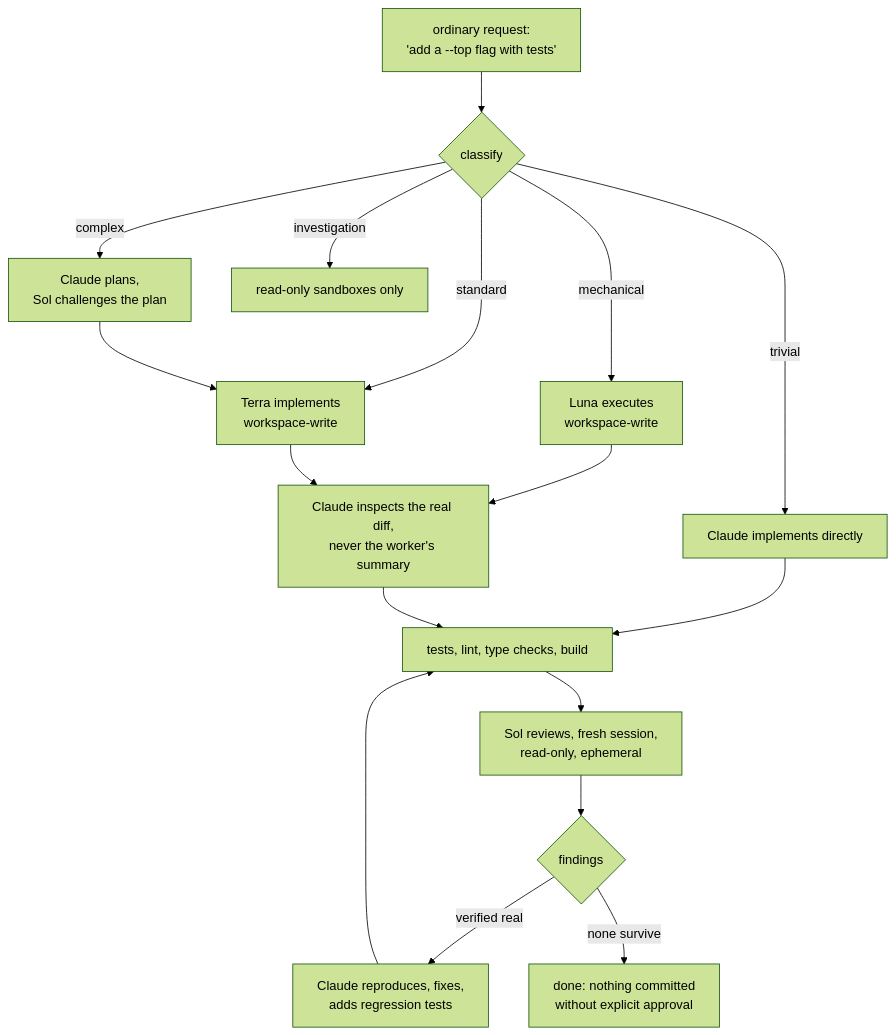
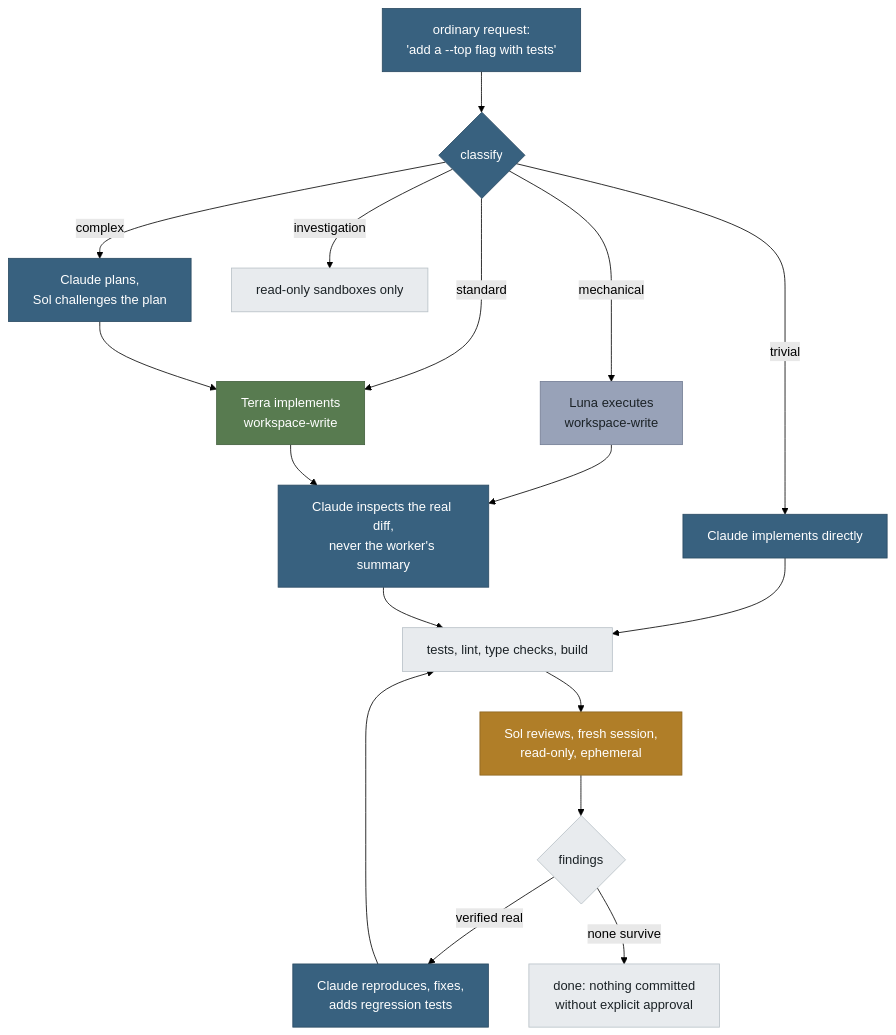
One commit to nikfilippas/orrery changed the first of 2 diagrams in README.md. Above: the diagram before and after it, drawn with Mermaid (forest theme). The commit also changed other lines of this file, not shown here.

Commit message:
Deepen the README with the briefing's detail and tint the diagrams

````diff
--- a/README.md
+++ b/README.md
@@ -25,17 +29,28 @@
 ```mermaid
 flowchart TD
     U["ordinary request:<br/>'add a --top flag with tests'"] --> C{classify}
     C -->|trivial| K[Claude implements directly]
     C -->|mechanical| L[Luna executes<br/>workspace-write]
     C -->|standard| T[Terra implements<br/>workspace-write]
     C -->|complex| P[Claude plans,<br/>Sol challenges the plan] --> T
     C -->|investigation| R[read-only sandboxes only]
     L --> I[Claude inspects the real diff,<br/>never the worker's summary]
     T --> I
     K --> V
     I --> V[tests, lint, type checks, build]
     V --> S[Sol reviews, fresh session,<br/>read-only, ephemeral]
     S --> F{findings}
     F -->|verified real| X[Claude reproduces, fixes,<br/>adds regression tests] --> V
     F -->|none survive| D[done: nothing committed<br/>without explicit approval]
+
+    classDef claude fill:#38617f,stroke:#2a4a62,color:#ffffff
+    classDef luna fill:#98a2b8,stroke:#737d94,color:#1b2226
+    classDef terra fill:#587b50,stroke:#44603e,color:#ffffff
+    classDef sol fill:#b07e28,stroke:#8c641f,color:#ffffff
+    classDef quiet fill:#e8ebee,stroke:#b8c0c7,color:#1b2226
+    class U,C,K,I,P,X claude
+    class L luna
+    class T terra
+    class S sol
+    class R,V,F,D quiet
 ```
````
